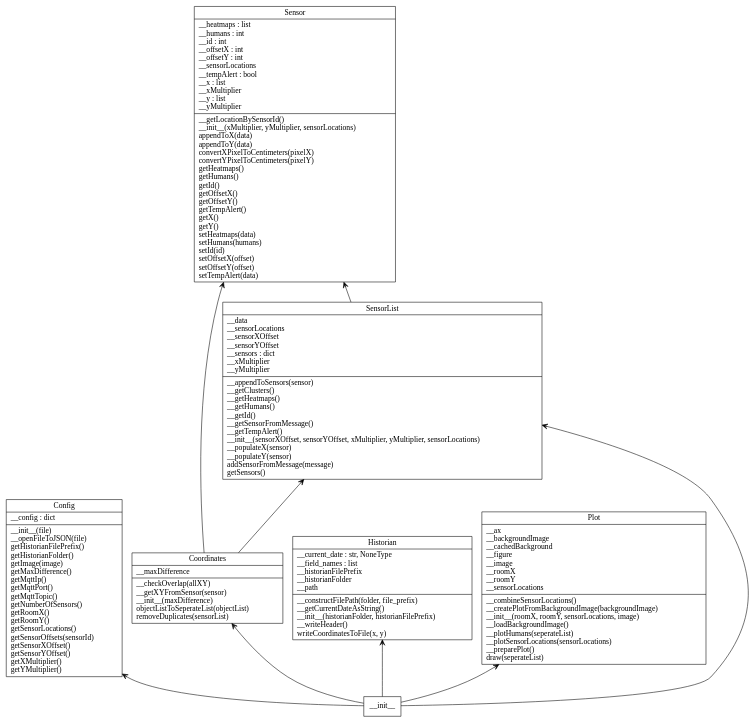
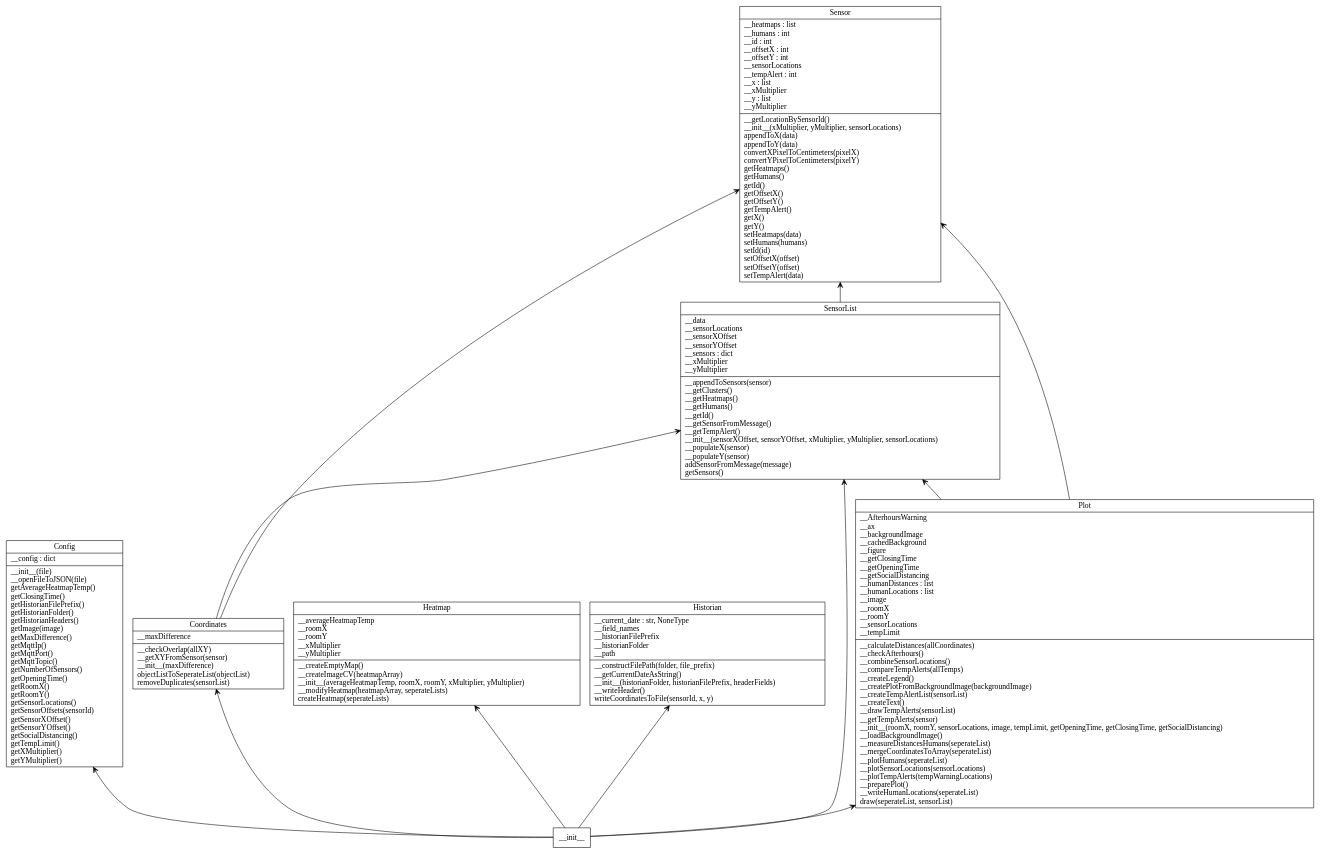
The diagram in combined.dot (willemvandergaag/NUC), drawn with Graphviz before and after one commit. The commit also changed 13 other files, not shown here.

```diff
--- a/combined.dot
+++ b/combined.dot
@@ -1,19 +1,23 @@
 digraph "packages" {
 charset="utf-8"
 rankdir=BT
-"0" [label="{Config|__config : dict\l|__init__(file)\l__openFileToJSON(file)\lgetHistorianFilePrefix()\lgetHistorianFolder()\lgetImage(image)\lgetMaxDifference()\lgetMqttIp()\lgetMqttPort()\lgetMqttTopic()\lgetNumberOfSensors()\lgetRoomX()\lgetRoomY()\lgetSensorLocations()\lgetSensorOffsets(sensorId)\lgetSensorXOffset()\lgetSensorYOffset()\lgetXMultiplier()\lgetYMultiplier()\l}", shape="record"];
+"0" [label="{Config|__config : dict\l|__init__(file)\l__openFileToJSON(file)\lgetAverageHeatmapTemp()\lgetClosingTime()\lgetHistorianFilePrefix()\lgetHistorianFolder()\lgetHistorianHeaders()\lgetImage(image)\lgetMaxDifference()\lgetMqttIp()\lgetMqttPort()\lgetMqttTopic()\lgetNumberOfSensors()\lgetOpeningTime()\lgetRoomX()\lgetRoomY()\lgetSensorLocations()\lgetSensorOffsets(sensorId)\lgetSensorXOffset()\lgetSensorYOffset()\lgetSocialDistancing()\lgetTempLimit()\lgetXMultiplier()\lgetYMultiplier()\l}", shape="record"];
 "1" [label="{Coordinates|__maxDifference\l|__checkOverlap(allXY)\l__getXYFromSensor(sensor)\l__init__(maxDifference)\lobjectListToSeperateList(objectList)\lremoveDuplicates(sensorList)\l}", shape="record"];
-"2" [label="{Historian|__current_date : str, NoneType\l__field_names : list\l__historianFilePrefix\l__historianFolder\l__path\l|__constructFilePath(folder, file_prefix)\l__getCurrentDateAsString()\l__init__(historianFolder, historianFilePrefix)\l__writeHeader()\lwriteCoordinatesToFile(x, y)\l}", shape="record"];
-"3" [label="{Plot|__ax\l__backgroundImage\l__cachedBackground\l__figure\l__image\l__roomX\l__roomY\l__sensorLocations\l|__combineSensorLocations()\l__createPlotFromBackgroundImage(backgroundImage)\l__init__(roomX, roomY, sensorLocations, image)\l__loadBackgroundImage()\l__plotHumans(seperateList)\l__plotSensorLocations(sensorLocations)\l__preparePlot()\ldraw(seperateList)\l}", shape="record"];
-"4" [label="{Sensor|__heatmaps : list\l__humans : int\l__id : int\l__offsetX : int\l__offsetY : int\l__sensorLocations\l__tempAlert : bool\l__x : list\l__xMultiplier\l__y : list\l__yMultiplier\l|__getLocationBySensorId()\l__init__(xMultiplier, yMultiplier, sensorLocations)\lappendToX(data)\lappendToY(data)\lconvertXPixelToCentimeters(pixelX)\lconvertYPixelToCentimeters(pixelY)\lgetHeatmaps()\lgetHumans()\lgetId()\lgetOffsetX()\lgetOffsetY()\lgetTempAlert()\lgetX()\lgetY()\lsetHeatmaps(data)\lsetHumans(humans)\lsetId(id)\lsetOffsetX(offset)\lsetOffsetY(offset)\lsetTempAlert(data)\l}", shape="record"];
-"5" [label="{SensorList|__data\l__sensorLocations\l__sensorXOffset\l__sensorYOffset\l__sensors : dict\l__xMultiplier\l__yMultiplier\l|__appendToSensors(sensor)\l__getClusters()\l__getHeatmaps()\l__getHumans()\l__getId()\l__getSensorFromMessage()\l__getTempAlert()\l__init__(sensorXOffset, sensorYOffset, xMultiplier, yMultiplier, sensorLocations)\l__populateX(sensor)\l__populateY(sensor)\laddSensorFromMessage(message)\lgetSensors()\l}", shape="record"];
-"6" [label="__init__", shape="box"];
-"1" -> "4" [arrowhead="open", arrowtail="none"];
+"2" [label="{Heatmap|__averageHeatmapTemp\l__roomX\l__roomY\l__xMultiplier\l__yMultiplier\l|__createEmptyMap()\l__createImageCV(heatmapArray)\l__init__(averageHeatmapTemp, roomX, roomY, xMultiplier, yMultiplier)\l__modifyHeatmap(heatmapArray, seperateLists)\lcreateHeatmap(seperateLists)\l}", shape="record"];
+"3" [label="{Historian|__current_date : str, NoneType\l__field_names\l__historianFilePrefix\l__historianFolder\l__path\l|__constructFilePath(folder, file_prefix)\l__getCurrentDateAsString()\l__init__(historianFolder, historianFilePrefix, headerFields)\l__writeHeader()\lwriteCoordinatesToFile(sensorId, x, y)\l}", shape="record"];
+"4" [label="{Plot|__AfterhoursWarning\l__ax\l__backgroundImage\l__cachedBackground\l__figure\l__getClosingTime\l__getOpeningTime\l__getSocialDistancing\l__humanDistances : list\l__humanLocations : list\l__image\l__roomX\l__roomY\l__sensorLocations\l__tempLimit\l|__calculateDistances(allCoordinates)\l__checkAfterhours()\l__combineSensorLocations()\l__compareTempAlerts(allTemps)\l__createLegend()\l__createPlotFromBackgroundImage(backgroundImage)\l__createTempAlertList(sensorList)\l__createText()\l__drawTempAlerts(sensorList)\l__getTempAlerts(sensor)\l__init__(roomX, roomY, sensorLocations, image, tempLimit, getOpeningTime, getClosingTime, getSocialDistancing)\l__loadBackgroundImage()\l__measureDistancesHumans(seperateList)\l__mergeCoordinatesToArray(seperateList)\l__plotHumans(seperateList)\l__plotSensorLocations(sensorLocations)\l__plotTempAlerts(tempWarningLocations)\l__preparePlot()\l__writeHumanLocations(seperateList)\ldraw(seperateList, sensorList)\l}", shape="record"];
+"5" [label="{Sensor|__heatmaps : list\l__humans : int\l__id : int\l__offsetX : int\l__offsetY : int\l__sensorLocations\l__tempAlert : int\l__x : list\l__xMultiplier\l__y : list\l__yMultiplier\l|__getLocationBySensorId()\l__init__(xMultiplier, yMultiplier, sensorLocations)\lappendToX(data)\lappendToY(data)\lconvertXPixelToCentimeters(pixelX)\lconvertYPixelToCentimeters(pixelY)\lgetHeatmaps()\lgetHumans()\lgetId()\lgetOffsetX()\lgetOffsetY()\lgetTempAlert()\lgetX()\lgetY()\lsetHeatmaps(data)\lsetHumans(humans)\lsetId(id)\lsetOffsetX(offset)\lsetOffsetY(offset)\lsetTempAlert(data)\l}", shape="record"];
+"6" [label="{SensorList|__data\l__sensorLocations\l__sensorXOffset\l__sensorYOffset\l__sensors : dict\l__xMultiplier\l__yMultiplier\l|__appendToSensors(sensor)\l__getClusters()\l__getHeatmaps()\l__getHumans()\l__getId()\l__getSensorFromMessage()\l__getTempAlert()\l__init__(sensorXOffset, sensorYOffset, xMultiplier, yMultiplier, sensorLocations)\l__populateX(sensor)\l__populateY(sensor)\laddSensorFromMessage(message)\lgetSensors()\l}", shape="record"];
+"7" [label="__init__", shape="box"];
 "1" -> "5" [arrowhead="open", arrowtail="none"];
-"5" -> "4" [arrowhead="open", arrowtail="none"];
-"6" -> "0" [arrowhead="open", arrowtail="none"];
-"6" -> "1" [arrowhead="open", arrowtail="none"];
-"6" -> "2" [arrowhead="open", arrowtail="none"];
-"6" -> "3" [arrowhead="open", arrowtail="none"];
+"1" -> "6" [arrowhead="open", arrowtail="none"];
+"4" -> "5" [arrowhead="open", arrowtail="none"];
+"4" -> "6" [arrowhead="open", arrowtail="none"];
 "6" -> "5" [arrowhead="open", arrowtail="none"];
+"7" -> "0" [arrowhead="open", arrowtail="none"];
+"7" -> "1" [arrowhead="open", arrowtail="none"];
+"7" -> "2" [arrowhead="open", arrowtail="none"];
+"7" -> "3" [arrowhead="open", arrowtail="none"];
+"7" -> "4" [arrowhead="open", arrowtail="none"];
+"7" -> "6" [arrowhead="open", arrowtail="none"];
 }
```
